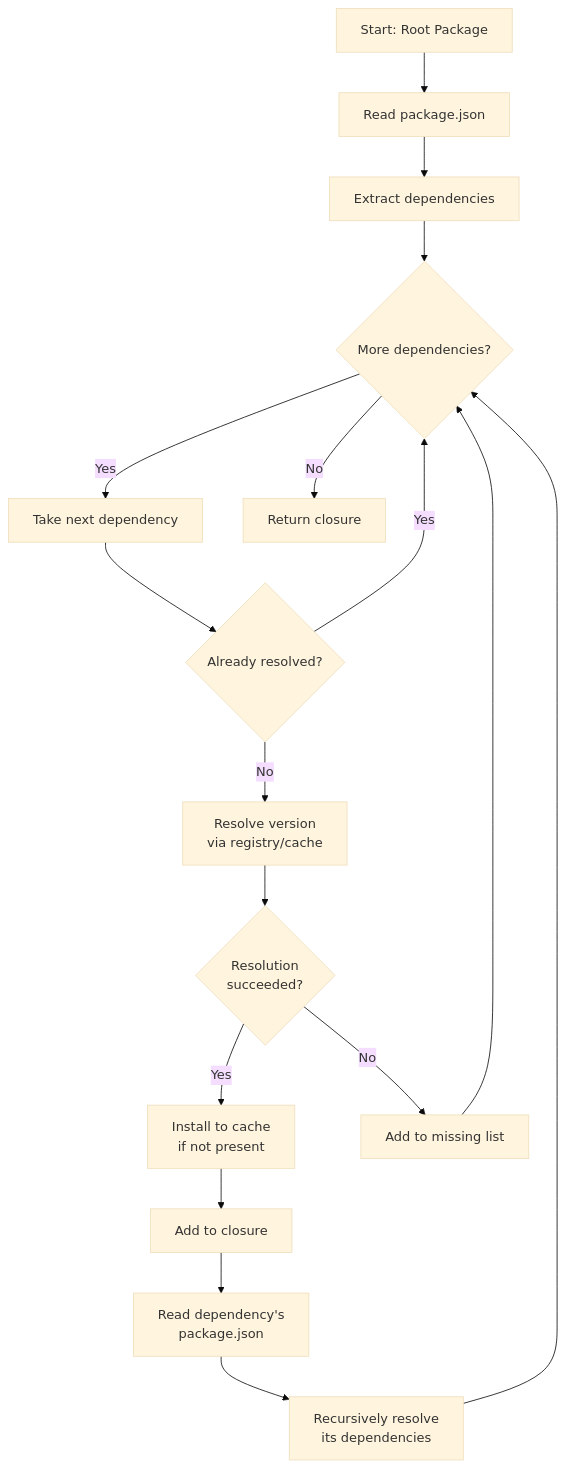
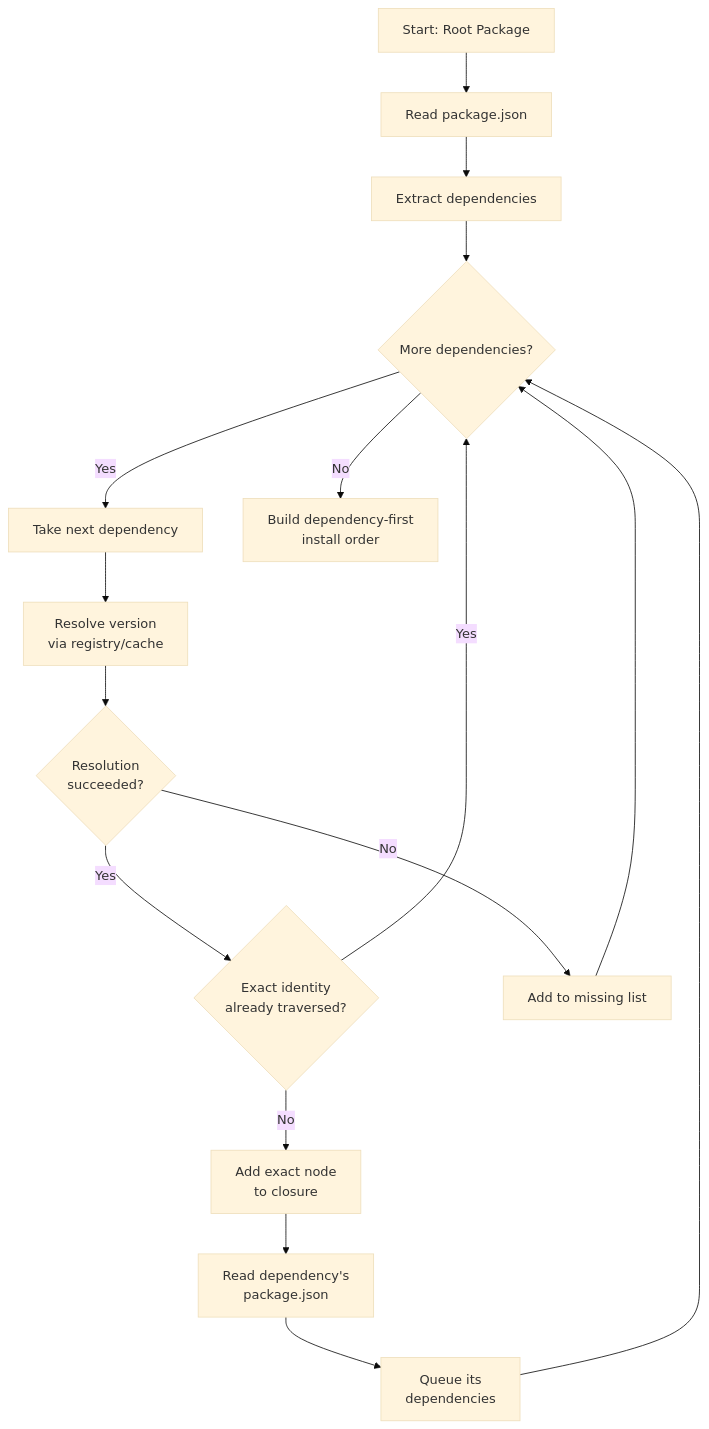
The first of 2 diagrams in reference/dependencies.md (GinoCanessa/dotnet-fhir-packages), drawn with Mermaid (base theme) before and after one commit. The commit also changed other lines of this file and 13 other files, not shown here.

````diff
--- a/reference/dependencies.md
+++ b/reference/dependencies.md
@@ -39,19 +39,18 @@
 ```mermaid
 flowchart TD
     A[Start: Root Package] --> B[Read package.json]
     B --> C[Extract dependencies]
     C --> D{More dependencies?}
     D -->|Yes| E[Take next dependency]
-    E --> F{Already resolved?}
+    E --> G[Resolve version<br/>via registry/cache]
+    G --> H{Resolution<br/>succeeded?}
+    H -->|Yes| F{Exact identity<br/>already traversed?}
     F -->|Yes| D
-    F -->|No| G[Resolve version<br/>via registry/cache]
-    G --> H{Resolution<br/>succeeded?}
-    H -->|Yes| I[Install to cache<br/>if not present]
-    I --> J[Add to closure]
+    F -->|No| J[Add exact node<br/>to closure]
     J --> K[Read dependency's<br/>package.json]
-    K --> L[Recursively resolve<br/>its dependencies]
+    K --> L[Queue its<br/>dependencies]
     L --> D
     H -->|No| M[Add to missing list]
     M --> D
-    D -->|No| N[Return closure]
+    D -->|No| N[Build dependency-first<br/>install order]
 ```
````
